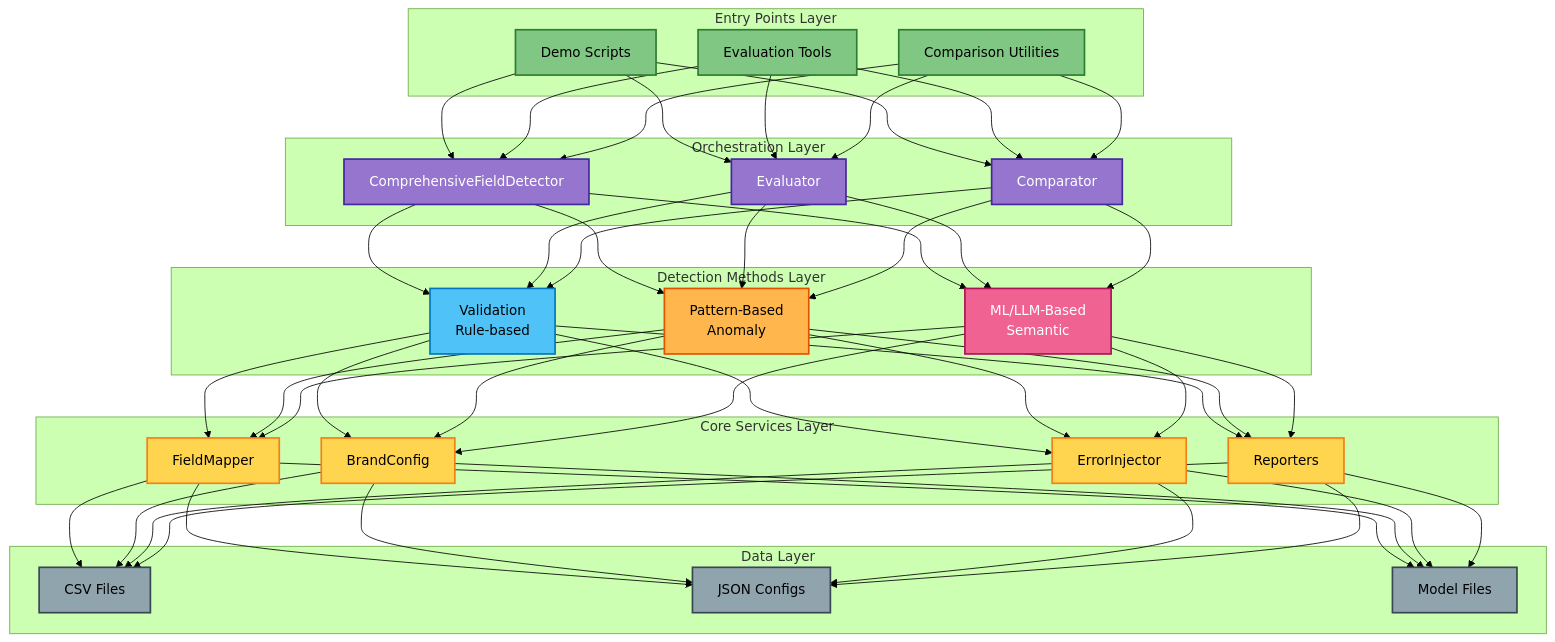
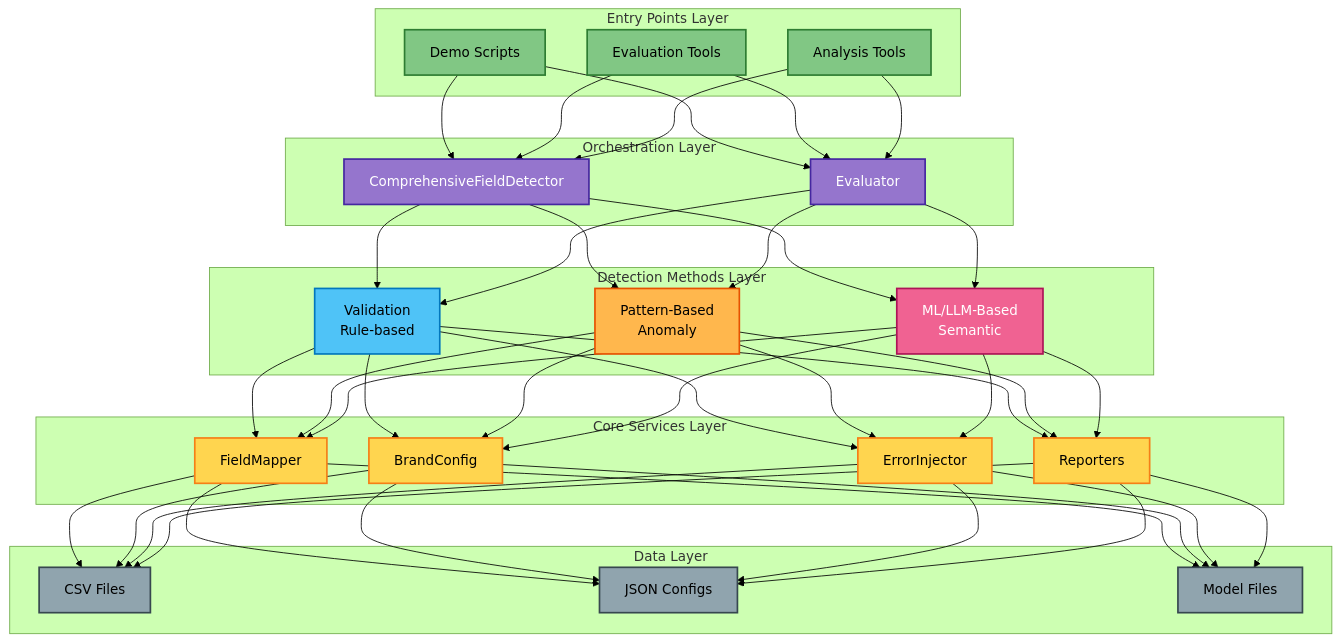
The diagram in docs/README.md (xafron-bv/data-quality-monitoring), drawn with Mermaid (forest theme) before and after one commit. The commit also changed 4 other files, not shown here.

````diff
--- a/docs/README.md
+++ b/docs/README.md
@@ -32,46 +32,45 @@
 ```mermaid
 graph TB
     subgraph "Entry Points Layer"
         A1[Demo Scripts]:::entrypoint
         A2[Evaluation Tools]:::entrypoint
-        A3[Comparison Utilities]:::entrypoint
+        A3[Analysis Tools]:::entrypoint
     end
     
     subgraph "Orchestration Layer"
         B1[ComprehensiveFieldDetector]:::orchestrator
         B2[Evaluator]:::orchestrator
-        B3[Comparator]:::orchestrator
     end
     
     subgraph "Detection Methods Layer"
         C1[Validation<br/>Rule-based]:::validator
         C2[Pattern-Based<br/>Anomaly]:::detector
         C3[ML/LLM-Based<br/>Semantic]:::ml
     end
     
     subgraph "Core Services Layer"
         D1[FieldMapper]:::service
         D2[BrandConfig]:::service
         D3[ErrorInjector]:::service
         D4[Reporters]:::service
     end
     
     subgraph "Data Layer"
         E1[CSV Files]:::data
         E2[JSON Configs]:::data
         E3[Model Files]:::data
     end
     
-    A1 & A2 & A3 --> B1 & B2 & B3
-    B1 & B2 & B3 --> C1 & C2 & C3
+    A1 & A2 & A3 --> B1 & B2
+    B1 & B2 --> C1 & C2 & C3
     C1 & C2 & C3 --> D1 & D2 & D3 & D4
     D1 & D2 & D3 & D4 --> E1 & E2 & E3
     
     classDef entrypoint fill:#81c784,stroke:#2e7d32,stroke-width:2px,color:#000
     classDef orchestrator fill:#9575cd,stroke:#4527a0,stroke-width:2px,color:#fff
     classDef validator fill:#4fc3f7,stroke:#0277bd,stroke-width:2px,color:#000
     classDef detector fill:#ffb74d,stroke:#e65100,stroke-width:2px,color:#000
     classDef ml fill:#f06292,stroke:#ad1457,stroke-width:2px,color:#fff
     classDef service fill:#ffd54f,stroke:#f57f17,stroke-width:2px,color:#000
     classDef data fill:#90a4ae,stroke:#37474f,stroke-width:2px,color:#000
 ```
````
